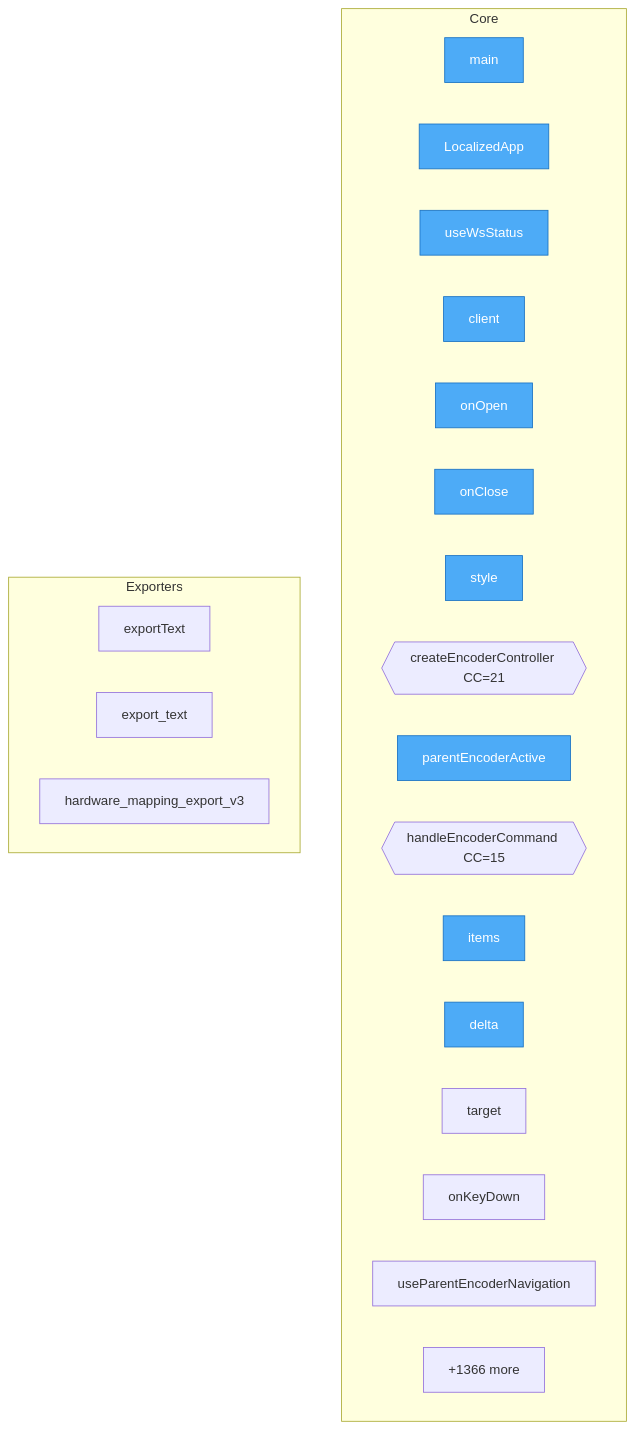
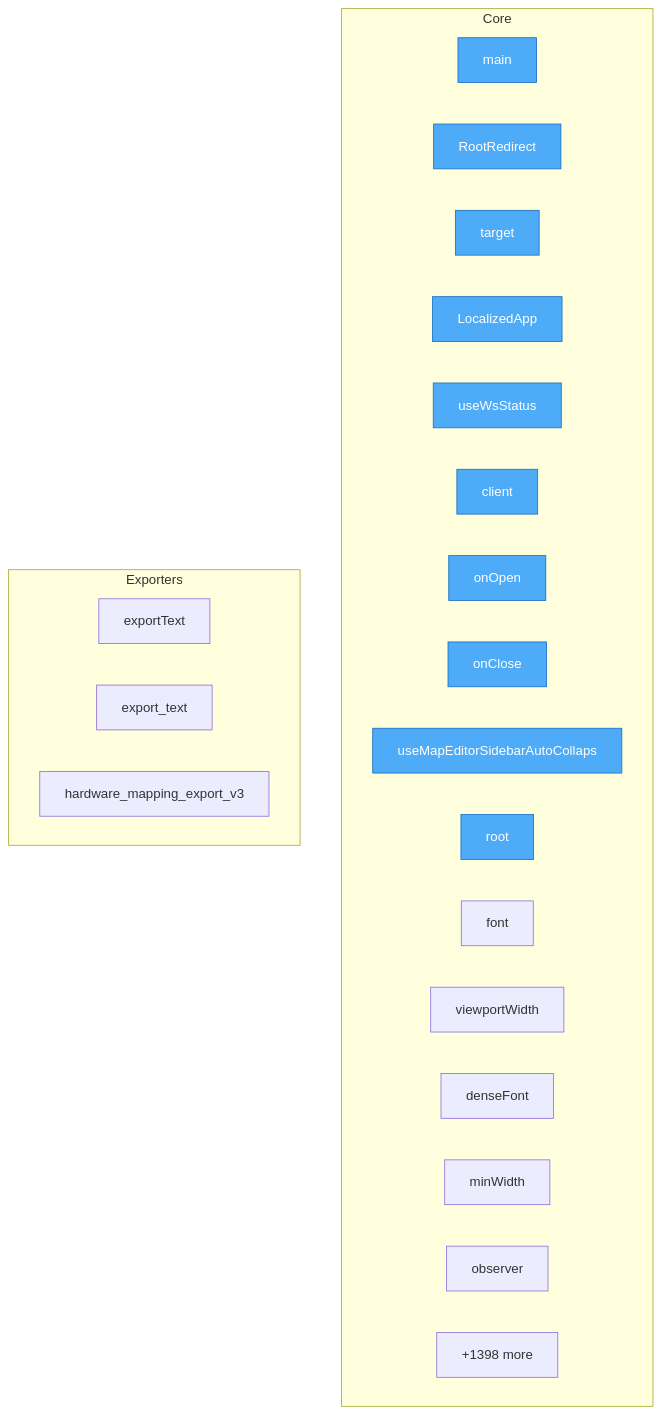
The diagram in project/flow.mmd (oqlos/oqlos), drawn with Mermaid before and after one commit. The commit also changed 144 other files, not shown here.

```diff
--- a/project/flow.mmd
+++ b/project/flow.mmd
@@ -1,32 +1,32 @@
 flowchart TD
-%% generated in 0.04s
+%% generated in 0.15s
 
     %% Entry points (blue)
     classDef entry fill:#4dabf7,stroke:#1971c2,color:#fff
 
     subgraph Core
         setup_hardware_and_run_oql__main["main"]
+        frontend__src__App__RootRedirect["RootRedirect"]
+        frontend__src__App__target["target"]
         frontend__src__main__LocalizedApp["LocalizedApp"]
         frontend__src__hooks__useWsStatus__useWsStatus["useWsStatus"]
         frontend__src__hooks__useWsStatus__client["client"]
         frontend__src__hooks__useWsStatus__onOpen["onOpen"]
         frontend__src__hooks__useWsStatus__onClose["onClose"]
-        frontend__src__hooks__useParentEncoderNavigation__style["style"]
-        frontend__src__hooks__useParentEncoderNavigation__createEncoderController{{createEncoderController CC=21}}
-        frontend__src__hooks__useParentEncoderNavigation__parentEncoderActive["parentEncoderActive"]
-        frontend__src__hooks__useParentEncoderNavigation__handleEncoderCommand{{handleEncoderCommand CC=15}}
-        frontend__src__hooks__useParentEncoderNavigation__items["items"]
-        frontend__src__hooks__useParentEncoderNavigation__delta["delta"]
-        frontend__src__hooks__useParentEncoderNavigation__target["target"]
-        frontend__src__hooks__useParentEncoderNavigation__onKeyDown["onKeyDown"]
-        frontend__src__hooks__useParentEncoderNavigation__useParentEncoderNavigation["useParentEncoderNavigation"]
-        ...["+1366 more"]
+        frontend__src__hooks__useMapEditorSidebarAutoCollapse__useMapEditorSidebarAutoCollapse["useMapEditorSidebarAutoCollaps"]
+        frontend__src__hooks__useMapEditorSidebarAutoCollapse__root["root"]
+        frontend__src__hooks__useMapEditorSidebarAutoCollapse__font["font"]
+        frontend__src__hooks__useMapEditorSidebarAutoCollapse__viewportWidth["viewportWidth"]
+        frontend__src__hooks__useMapEditorSidebarAutoCollapse__denseFont["denseFont"]
+        frontend__src__hooks__useMapEditorSidebarAutoCollapse__minWidth["minWidth"]
+        frontend__src__hooks__useMapEditorSidebarAutoCollapse__observer["observer"]
+        ...["+1398 more"]
     end
 
     subgraph Exporters
         frontend__src__pages__HardwareRestart__exportText["exportText"]
         oqlos__api__hardware_mapping_store__MappingStore__export_text["export_text"]
         oqlos__api___hw3_mapping__hardware_mapping_export_v3["hardware_mapping_export_v3"]
     end
 
-    class setup_hardware_and_run_oql__main,frontend__src__main__LocalizedApp,frontend__src__hooks__useWsStatus__useWsStatus,frontend__src__hooks__useWsStatus__client,frontend__src__hooks__useWsStatus__onOpen,frontend__src__hooks__useWsStatus__onClose,frontend__src__hooks__useParentEncoderNavigation__style,frontend__src__hooks__useParentEncoderNavigation__parentEncoderActive,frontend__src__hooks__useParentEncoderNavigation__items,frontend__src__hooks__useParentEncoderNavigation__delta entry
+    class setup_hardware_and_run_oql__main,frontend__src__App__RootRedirect,frontend__src__App__target,frontend__src__main__LocalizedApp,frontend__src__hooks__useWsStatus__useWsStatus,frontend__src__hooks__useWsStatus__client,frontend__src__hooks__useWsStatus__onOpen,frontend__src__hooks__useWsStatus__onClose,frontend__src__hooks__useMapEditorSidebarAutoCollapse__useMapEditorSidebarAutoCollapse,frontend__src__hooks__useMapEditorSidebarAutoCollapse__root entry
```
